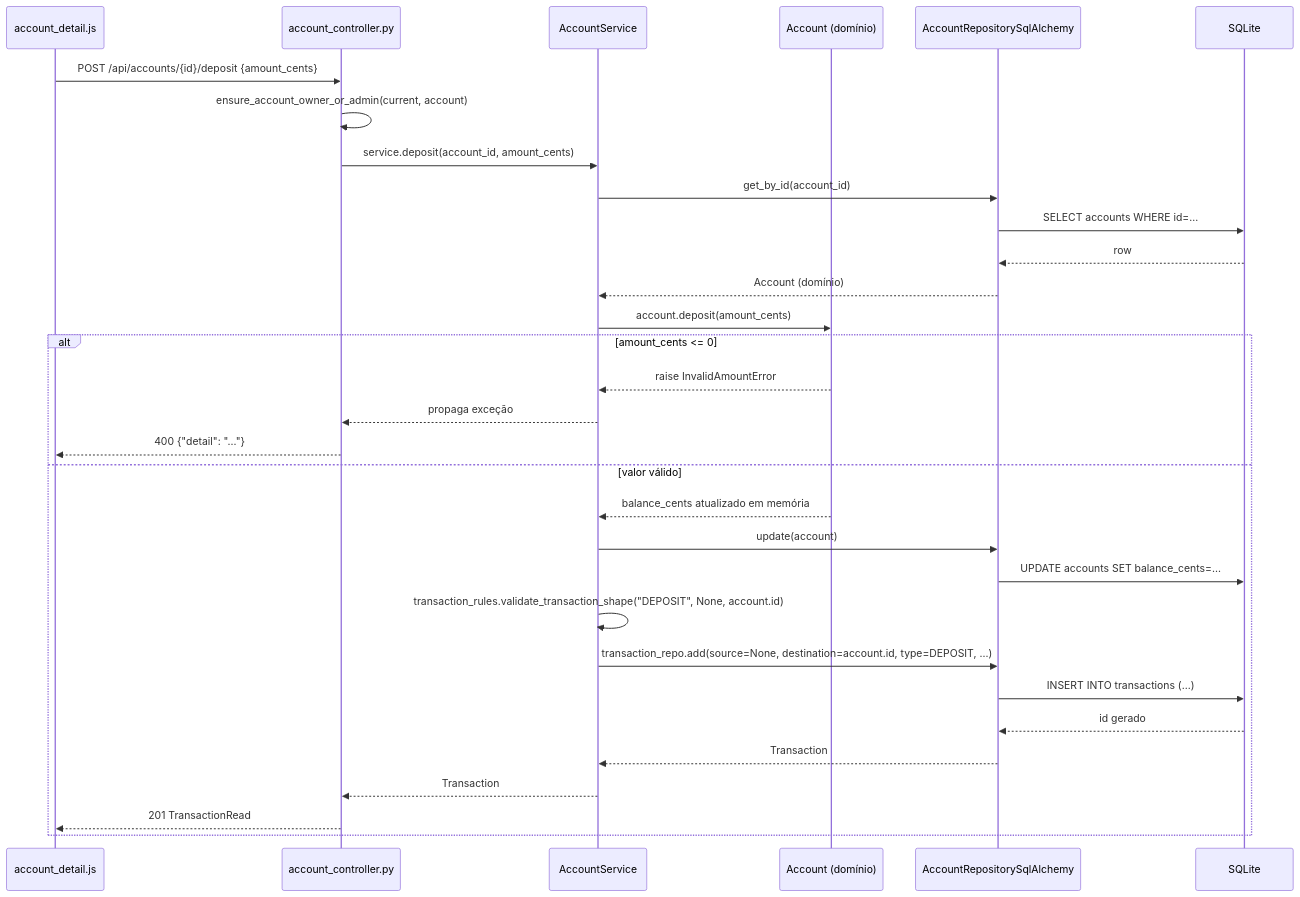
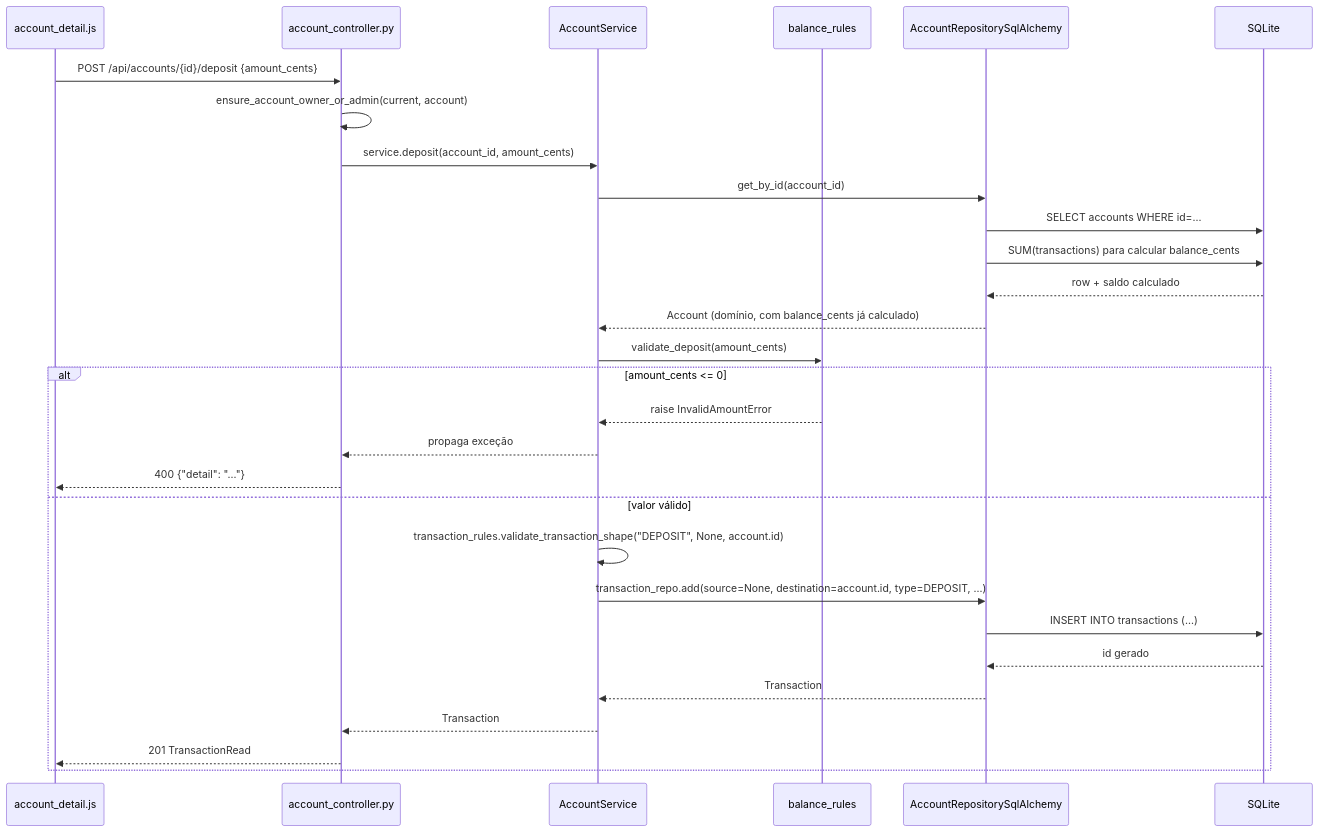
One commit to Henrique-CBueno/CP4---Python changed the first of 3 diagrams in docs/final/07-fluxos-principais.md. Above: the diagram before and after it, drawn with Mermaid. The commit also changed other lines of this file and 5 other files, not shown here.

First line of the commit message:
docs: atualiza documentação final para saldo via event sourcing

````diff
--- a/docs/final/07-fluxos-principais.md
+++ b/docs/final/07-fluxos-principais.md
@@ -82,34 +82,32 @@
 ```mermaid
 sequenceDiagram
     participant JS as account_detail.js
     participant C as account_controller.py
     participant S as AccountService
-    participant D as Account (domínio)
+    participant BR as balance_rules
     participant R as AccountRepositorySqlAlchemy
     participant DB as SQLite
 
     JS->>C: POST /api/accounts/{id}/deposit {amount_cents}
     C->>C: ensure_account_owner_or_admin(current, account)
     C->>S: service.deposit(account_id, amount_cents)
     S->>R: get_by_id(account_id)
     R->>DB: SELECT accounts WHERE id=...
-    DB-->>R: row
-    R-->>S: Account (domínio)
-    S->>D: account.deposit(amount_cents)
+    R->>DB: SUM(transactions) para calcular balance_cents
+    DB-->>R: row + saldo calculado
+    R-->>S: Account (domínio, com balance_cents já calculado)
+    S->>BR: validate_deposit(amount_cents)
     alt amount_cents <= 0
-        D-->>S: raise InvalidAmountError
+        BR-->>S: raise InvalidAmountError
         S-->>C: propaga exceção
         C-->>JS: 400 {"detail": "..."}
     else valor válido
-        D-->>S: balance_cents atualizado em memória
-        S->>R: update(account)
-        R->>DB: UPDATE accounts SET balance_cents=...
         S->>S: transaction_rules.validate_transaction_shape("DEPOSIT", None, account.id)
         S->>R: transaction_repo.add(source=None, destination=account.id, type=DEPOSIT, ...)
         R->>DB: INSERT INTO transactions (...)
         DB-->>R: id gerado
         R-->>S: Transaction
         S-->>C: Transaction
         C-->>JS: 201 TransactionRead
     end
 ```
````
